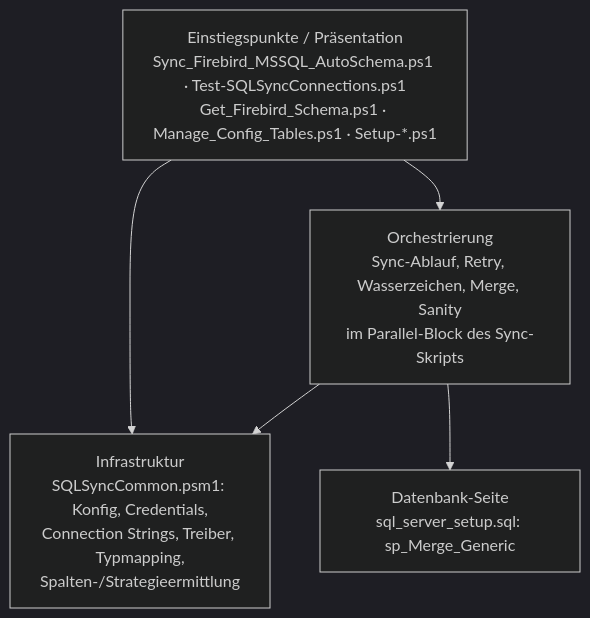
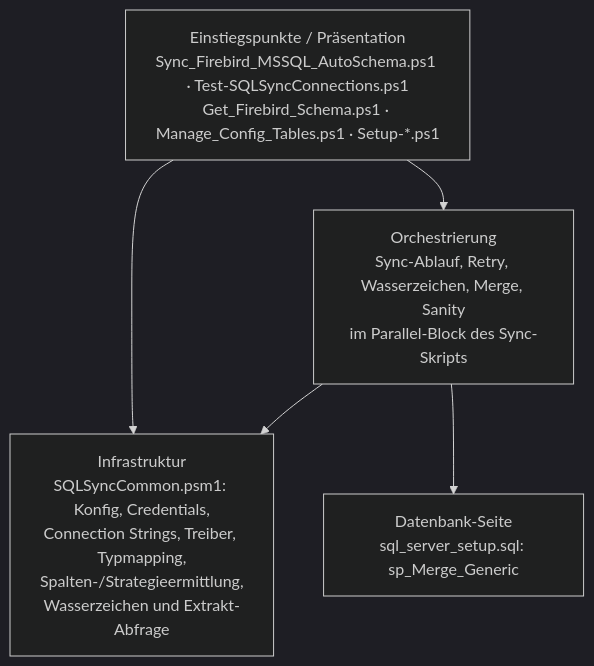
One commit to gitnol/PSFirebirdToMSSQL changed the diagram in docs/architecture/PROJECT_LAYOUT.md. Above: the diagram before and after it, drawn with Mermaid (dark theme). The commit also changed other lines of this file and 24 other files, not shown here.

````diff
--- a/docs/architecture/PROJECT_LAYOUT.md
+++ b/docs/architecture/PROJECT_LAYOUT.md
@@ -13,12 +13,12 @@
 ```mermaid
 flowchart TD
     P[Einstiegspunkte / Präsentation<br/>Sync_Firebird_MSSQL_AutoSchema.ps1 · Test-SQLSyncConnections.ps1<br/>Get_Firebird_Schema.ps1 · Manage_Config_Tables.ps1 · Setup-*.ps1]
     A[Orchestrierung<br/>Sync-Ablauf, Retry, Wasserzeichen, Merge, Sanity<br/>im Parallel-Block des Sync-Skripts]
-    I[Infrastruktur<br/>SQLSyncCommon.psm1: Konfig, Credentials,<br/>Connection Strings, Treiber, Typmapping,<br/>Spalten-/Strategieermittlung]
+    I[Infrastruktur<br/>SQLSyncCommon.psm1: Konfig, Credentials,<br/>Connection Strings, Treiber, Typmapping,<br/>Spalten-/Strategieermittlung,<br/>Wasserzeichen und Extrakt-Abfrage]
     DB[Datenbank-Seite<br/>sql_server_setup.sql: sp_Merge_Generic]
 
     P --> A
     A --> I
     P --> I
     A --> DB
 ```
````
